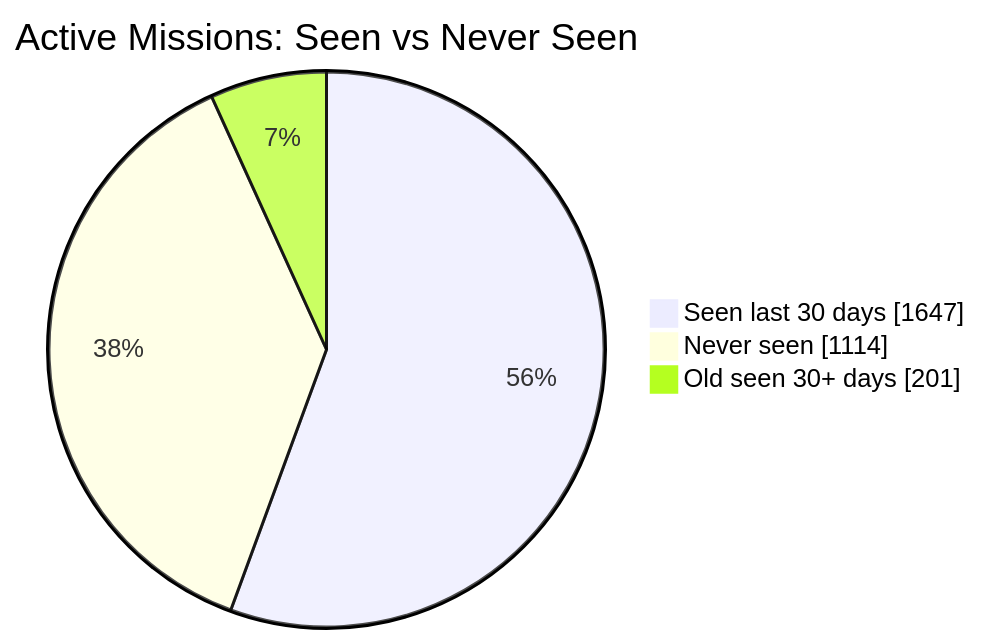
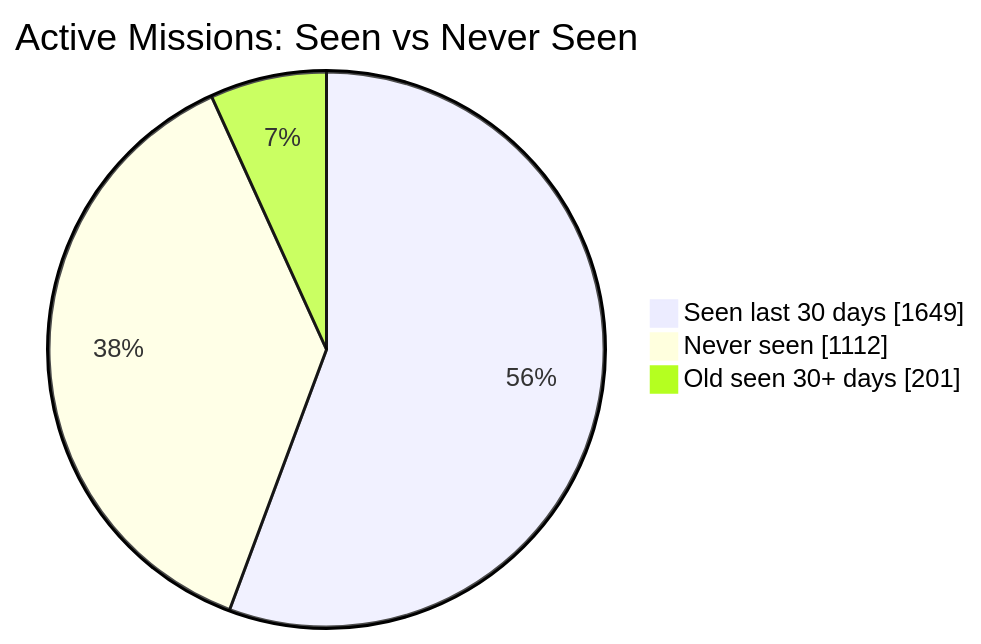
Before and after one commit to MeldkamerspelGameTeam/active-missions: the first of 2 diagrams in README.md, drawn with Mermaid. The commit also changed other lines of this file and 2 other files, not shown here.

````diff
--- a/README.md
+++ b/README.md
@@ -34,7 +34,7 @@
 ```mermaid
 pie showData
     title Active Missions: Seen vs Never Seen
-    "Seen last 30 days" : 1647
-    "Never seen" : 1114
+    "Seen last 30 days" : 1649
+    "Never seen" : 1112
     "Old seen 30+ days" : 201
 ```
````
